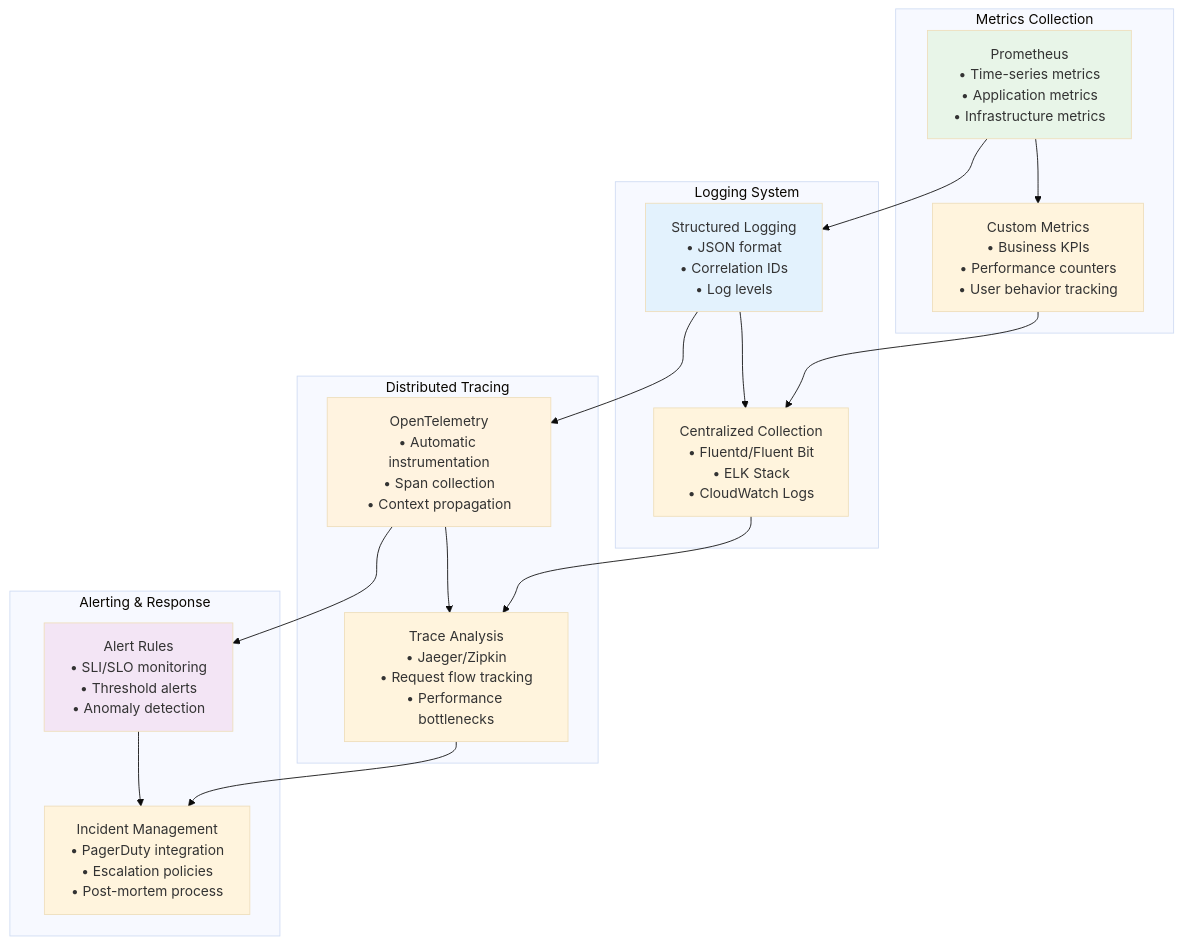
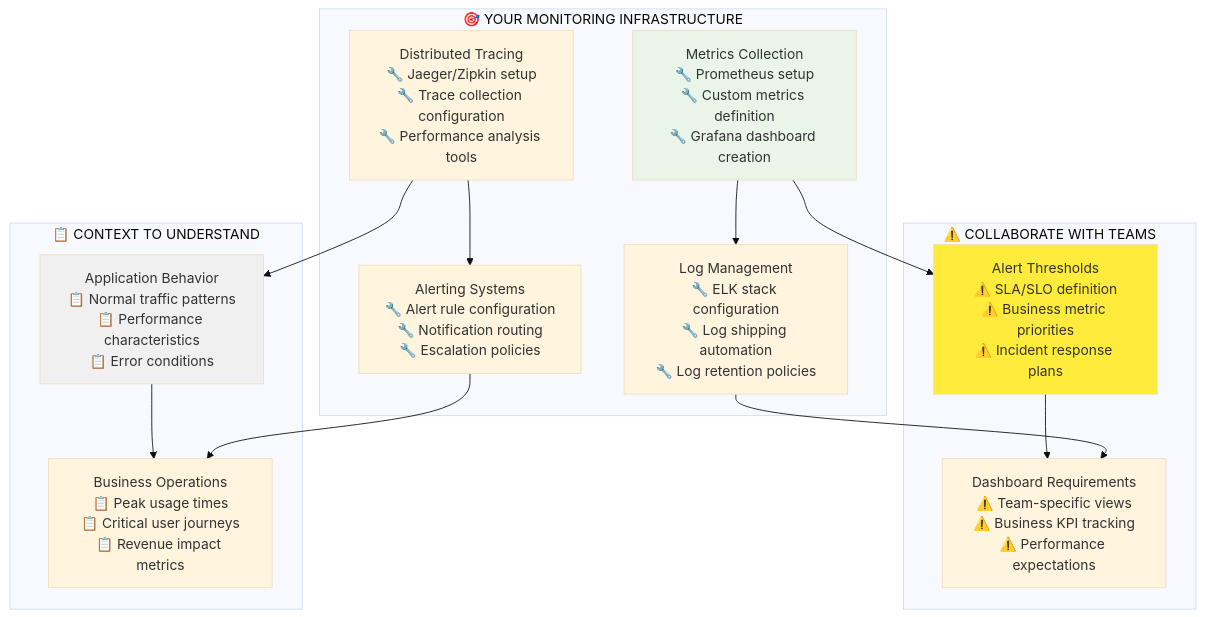
Before and after one commit to pelchers/Learning_DevOps: the eighth of 10 diagrams in Tech_Relationships/13-DevOps_Development_Cycle_Relationships.md, drawn with Mermaid (base theme). The commit also changed other lines of this file and 21 other files, not shown here.

````diff
--- a/Tech_Relationships/13-DevOps_Development_Cycle_Relationships.md
+++ b/Tech_Relationships/13-DevOps_Development_Cycle_Relationships.md
@@ -613,30 +531,24 @@
 ```mermaid
 flowchart TD
-    subgraph "Metrics Collection"
-        A["Prometheus<br/>• Time-series metrics<br/>• Application metrics<br/>• Infrastructure metrics"] --> B["Custom Metrics<br/>• Business KPIs<br/>• Performance counters<br/>• User behavior tracking"]
+    subgraph "🎯 YOUR MONITORING INFRASTRUCTURE"
+        A["Metrics Collection<br/>🔧 Prometheus setup<br/>🔧 Custom metrics definition<br/>🔧 Grafana dashboard creation"] --> B["Log Management<br/>🔧 ELK stack configuration<br/>🔧 Log shipping automation<br/>🔧 Log retention policies"]
+        C["Distributed Tracing<br/>🔧 Jaeger/Zipkin setup<br/>🔧 Trace collection configuration<br/>🔧 Performance analysis tools"] --> D["Alerting Systems<br/>🔧 Alert rule configuration<br/>🔧 Notification routing<br/>🔧 Escalation policies"]
     end
     
-    subgraph "Logging System"
-        C["Structured Logging<br/>• JSON format<br/>• Correlation IDs<br/>• Log levels"] --> D["Centralized Collection<br/>• Fluentd/Fluent Bit<br/>• ELK Stack<br/>• CloudWatch Logs"]
+    subgraph "⚠️ COLLABORATE WITH TEAMS"
+        E["Alert Thresholds<br/>⚠️ SLA/SLO definition<br/>⚠️ Business metric priorities<br/>⚠️ Incident response plans"] --> F["Dashboard Requirements<br/>⚠️ Team-specific views<br/>⚠️ Business KPI tracking<br/>⚠️ Performance expectations"]
     end
     
-    subgraph "Distributed Tracing"
-        E["OpenTelemetry<br/>• Automatic instrumentation<br/>• Span collection<br/>• Context propagation"] --> F["Trace Analysis<br/>• Jaeger/Zipkin<br/>• Request flow tracking<br/>• Performance bottlenecks"]
+    subgraph "📋 CONTEXT TO UNDERSTAND"
+        G["Application Behavior<br/>📋 Normal traffic patterns<br/>📋 Performance characteristics<br/>📋 Error conditions"] --> H["Business Operations<br/>📋 Peak usage times<br/>📋 Critical user journeys<br/>📋 Revenue impact metrics"]
     end
     
-    subgraph "Alerting & Response"
-        G["Alert Rules<br/>• SLI/SLO monitoring<br/>• Threshold alerts<br/>• Anomaly detection"] --> H["Incident Management<br/>• PagerDuty integration<br/>• Escalation policies<br/>• Post-mortem process"]
-    end
-    
-    A --> C
-    B --> D
-    C --> E
-    D --> F
-    E --> G
-    F --> H
+    A --> E
+    B --> F
+    C --> G
+    D --> H
     
     style A fill:#e8f5e8
-    style C fill:#e3f2fd
-    style E fill:#fff3e0
-    style G fill:#f3e5f5
+    style E fill:#ffeb3b
+    style G fill:#f0f0f0
 ```
````
